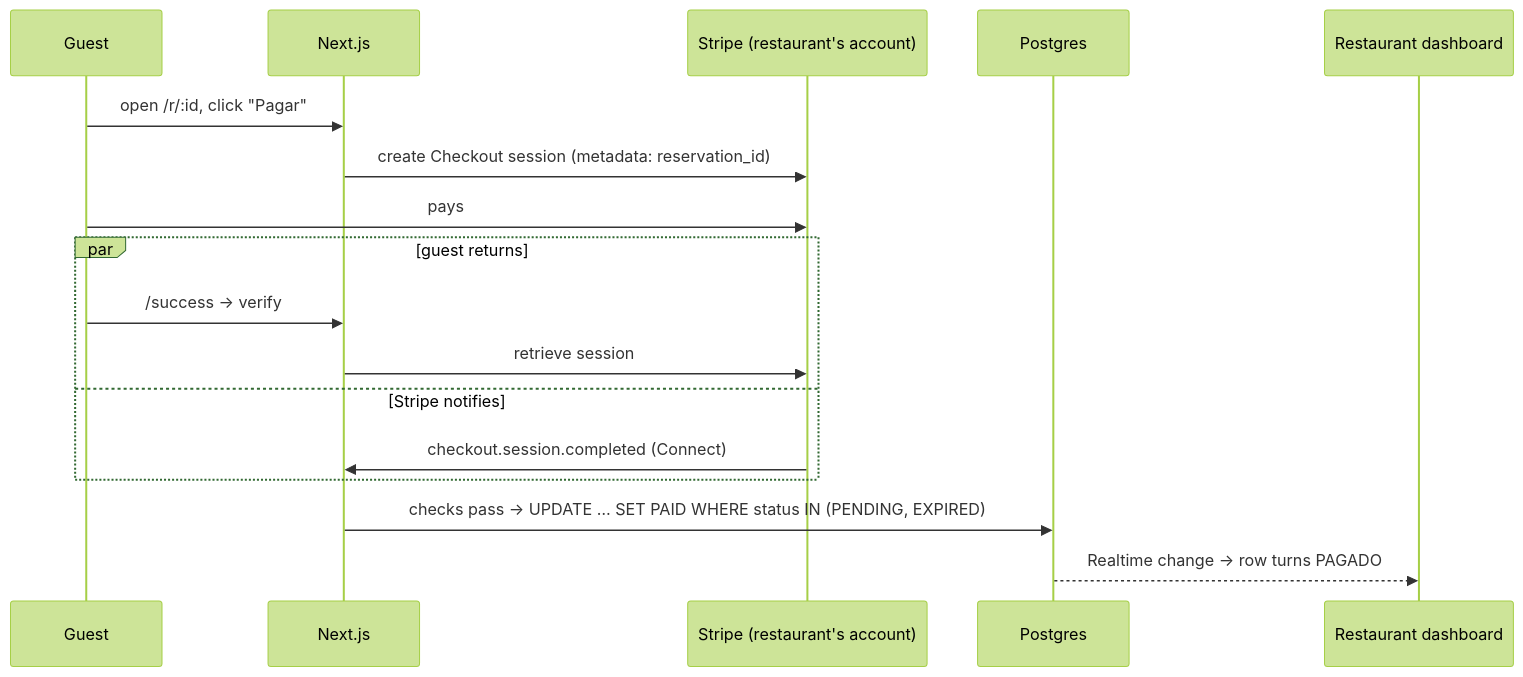
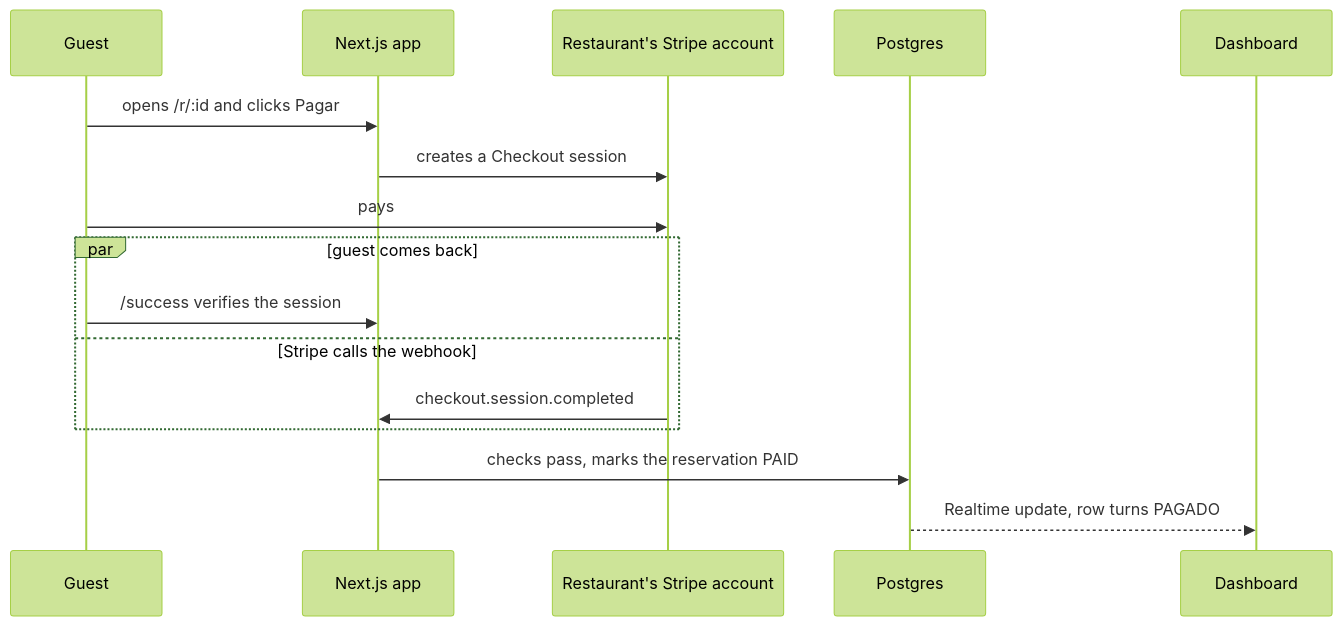
Before and after one commit to chalogr2/DepositsApp: the second of 2 diagrams in README.md, drawn with Mermaid (forest theme). The commit also changed other lines of this file and 6 other files, not shown here.

````diff
--- a/README.md
+++ b/README.md
@@ -117,19 +94,18 @@
 ```mermaid
 sequenceDiagram
     participant G as Guest
-    participant App as Next.js
-    participant S as Stripe (restaurant's account)
+    participant App as Next.js app
+    participant S as Restaurant's Stripe account
     participant DB as Postgres
-    participant D as Restaurant dashboard
-    G->>App: open /r/:id, click "Pagar"
-    App->>S: create Checkout session (metadata: reservation_id)
+    participant D as Dashboard
+    G->>App: opens /r/:id and clicks Pagar
+    App->>S: creates a Checkout session
     G->>S: pays
-    par guest returns
-        G->>App: /success → verify
-        App->>S: retrieve session
-    and Stripe notifies
-        S->>App: checkout.session.completed (Connect)
+    par guest comes back
+        G->>App: /success verifies the session
+    and Stripe calls the webhook
+        S->>App: checkout.session.completed
     end
-    App->>DB: checks pass → UPDATE … SET PAID WHERE status IN (PENDING, EXPIRED)
-    DB-->>D: Realtime change → row turns PAGADO
+    App->>DB: checks pass, marks the reservation PAID
+    DB-->>D: Realtime update, row turns PAGADO
 ```
````
